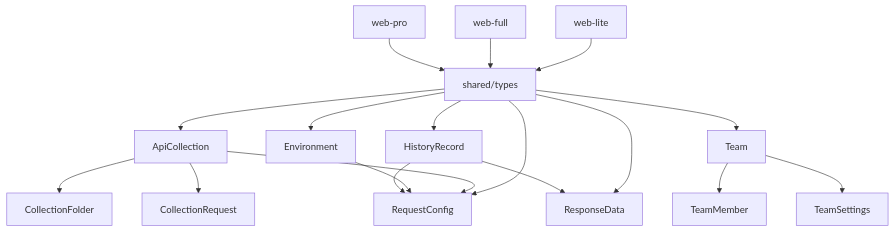
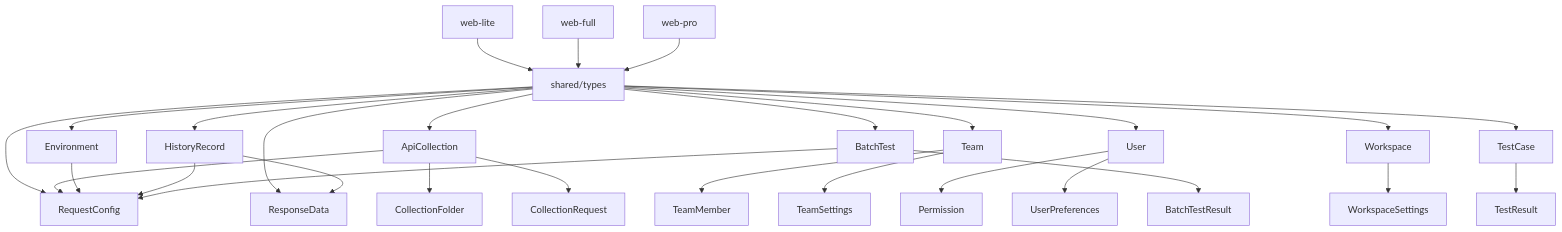
Before and after one commit to Mr6pets/onlineInterfaceDebugTool: the third of 3 diagrams in .qoder/repowiki/zh/content/API参考/共享类型.md, drawn with Mermaid. The commit also changed other lines of this file and 9 other files, not shown here.

````diff
--- a/.qoder/repowiki/zh/content/API参考/共享类型.md
+++ b/.qoder/repowiki/zh/content/API参考/共享类型.md
@@ -216,20 +282,30 @@
 ```mermaid
 graph TD
 SharedTypes[shared/types] --> RequestConfig
 SharedTypes --> ResponseData
 SharedTypes --> ApiCollection
 SharedTypes --> Environment
 SharedTypes --> HistoryRecord
 SharedTypes --> Team
+SharedTypes --> User
+SharedTypes --> BatchTest
+SharedTypes --> Workspace
+SharedTypes --> TestCase
 ApiCollection --> CollectionFolder
 ApiCollection --> CollectionRequest
 ApiCollection --> RequestConfig
 Environment --> RequestConfig
 HistoryRecord --> RequestConfig
 HistoryRecord --> ResponseData
 Team --> TeamMember
 Team --> TeamSettings
+User --> Permission
+User --> UserPreferences
+BatchTest --> RequestConfig
+BatchTest --> BatchTestResult
+Workspace --> WorkspaceSettings
+TestCase --> TestResult
 WebLite[web-lite] --> SharedTypes
 WebFull[web-full] --> SharedTypes
 WebPro[web-pro] --> SharedTypes
 ```
````
